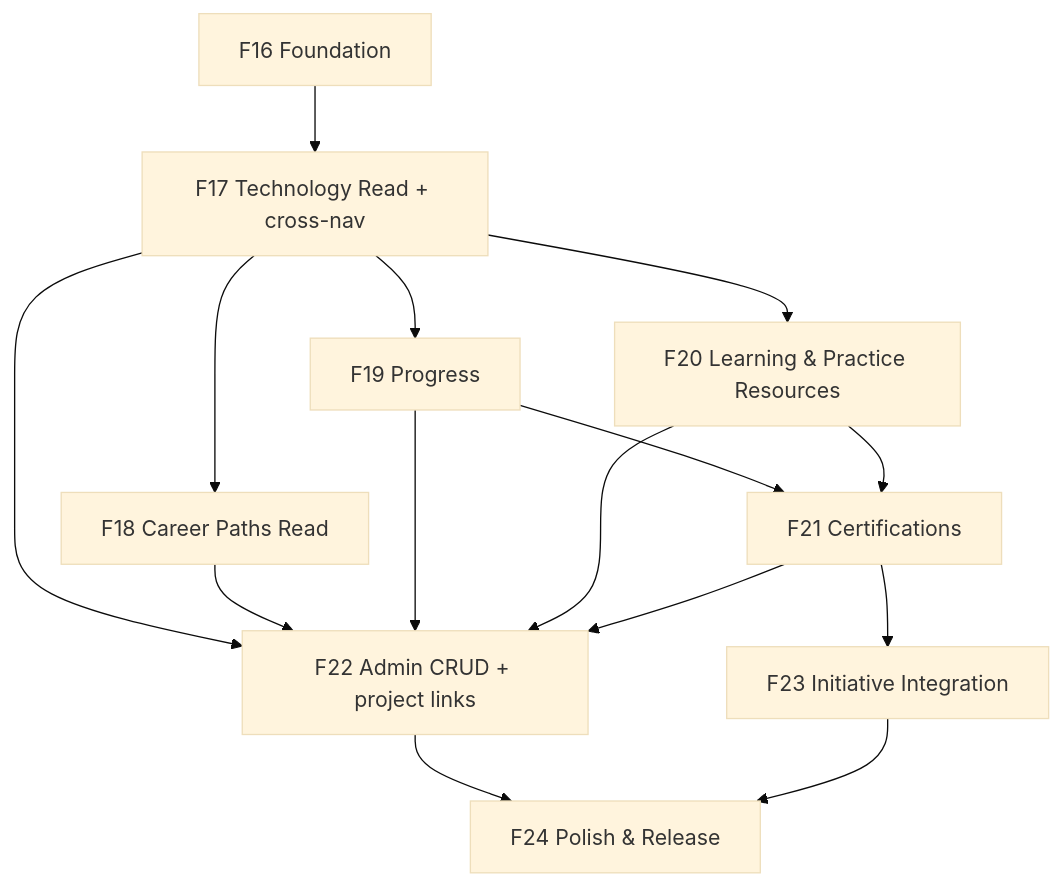
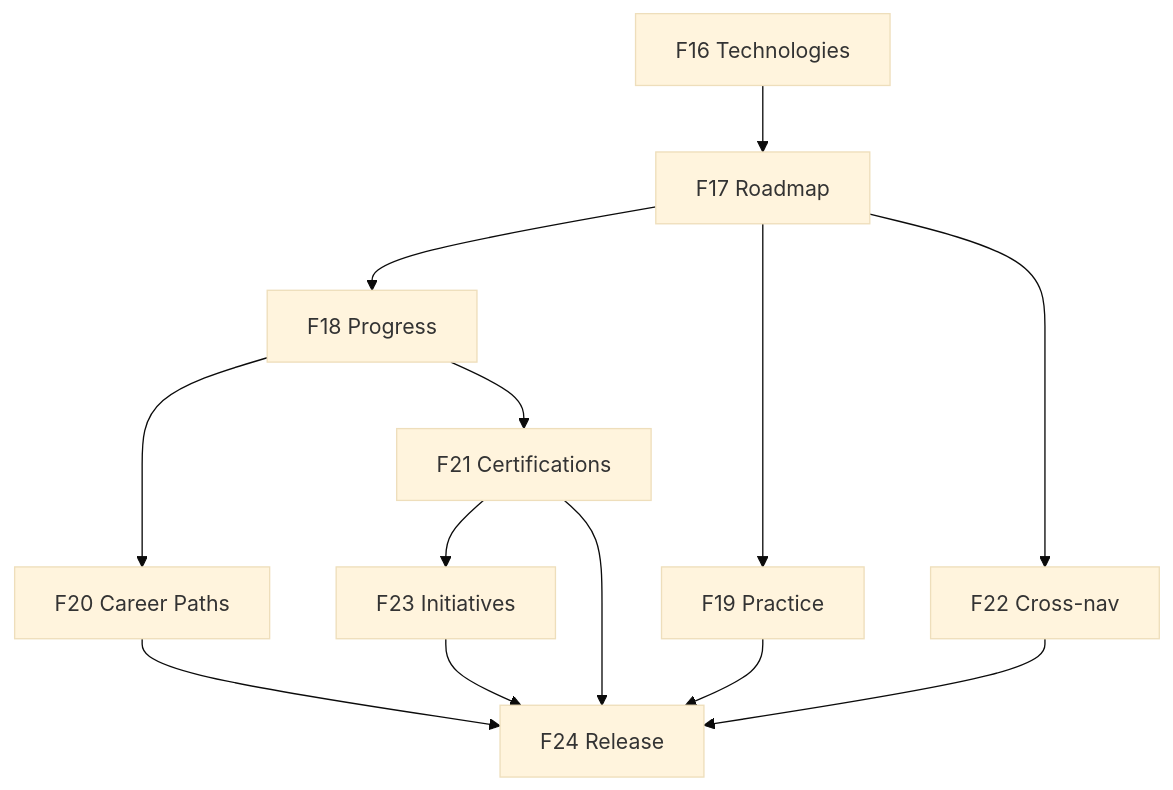
Before and after one commit to Kamaleshwarr/Infras-Learnhub: the diagram in docs/v0.8.0/05-roadmap.md, drawn with Mermaid (base theme). The commit also changed other lines of this file and 3 other files, not shown here.

````diff
--- a/docs/v0.8.0/05-roadmap.md
+++ b/docs/v0.8.0/05-roadmap.md
@@ -261,17 +64,15 @@
 ```mermaid
 flowchart TD
-    F16[F16 Foundation] --> F17[F17 Technology Read + cross-nav]
-    F17 --> F18[F18 Career Paths Read]
-    F17 --> F19[F19 Progress]
-    F17 --> F20[F20 Learning & Practice Resources]
-    F19 --> F21[F21 Certifications]
-    F20 --> F21
-    F17 --> F22[F22 Admin CRUD + project links]
-    F18 --> F22
-    F19 --> F22
-    F20 --> F22
-    F21 --> F22
-    F21 --> F23[F23 Initiative Integration]
-    F22 --> F24[F24 Polish & Release]
+    F16[F16 Technologies] --> F17[F17 Roadmap]
+    F17 --> F18[F18 Progress]
+    F17 --> F19[F19 Practice]
+    F17 --> F22[F22 Cross-nav]
+    F18 --> F20[F20 Career Paths]
+    F18 --> F21[F21 Certifications]
+    F21 --> F23[F23 Initiatives]
+    F19 --> F24[F24 Release]
+    F20 --> F24
+    F21 --> F24
+    F22 --> F24
     F23 --> F24
 ```
````
